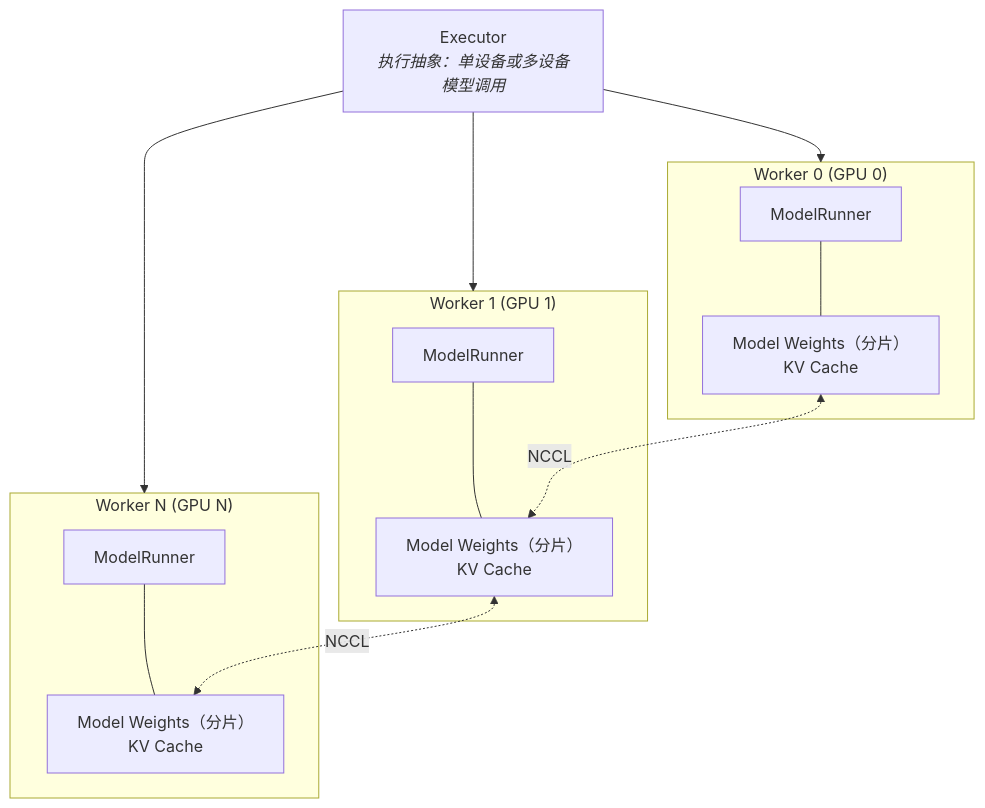
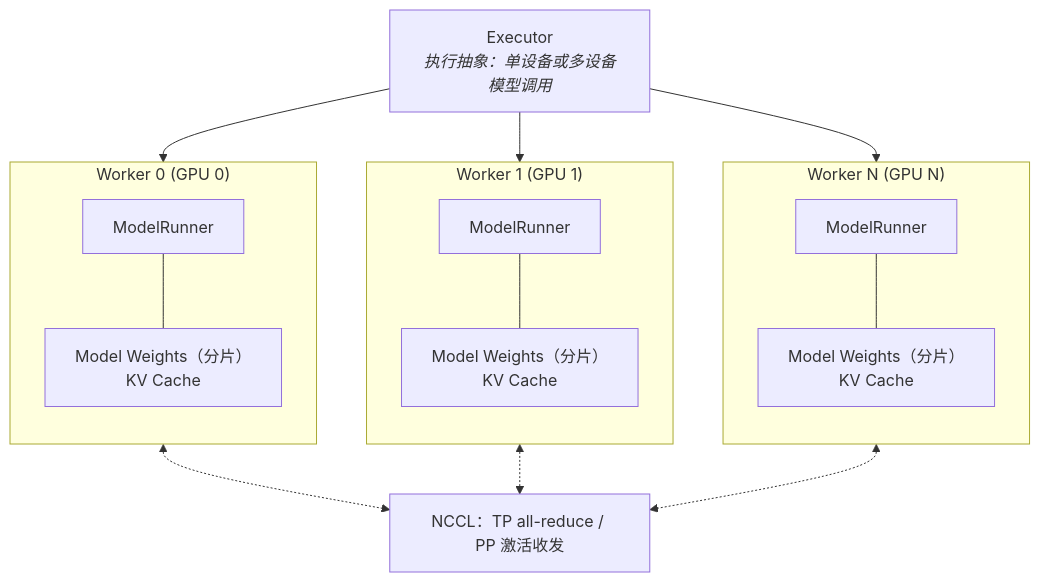
One commit to arganzheng/arganzheng.github.com changed the third of 4 diagrams in _posts/2026-08-14-vllm-request-lifecycle-overview.md. Above: the diagram before and after it, drawn with Mermaid. The commit also changed other lines of this file and 2 other files, not shown here.

````diff
--- a/_posts/2026-08-14-vllm-request-lifecycle-overview.md
+++ b/_posts/2026-08-14-vllm-request-lifecycle-overview.md
@@ -142,17 +204,20 @@
 ```mermaid
 %% 图：Executor 与 Worker：一次 execute_model() 分发给多个 GPU Worker，各自的 ModelRunner 持有分片权重与 KV Cache
 graph TB
     EX["Executor<br/><i>执行抽象：单设备或多设备模型调用</i>"]
     EX --> W0 & W1 & WN
     subgraph W0["Worker 0 (GPU 0)"]
+        direction TB
         M0["ModelRunner"] --- S0["Model Weights（分片）<br/>KV Cache"]
     end
     subgraph W1["Worker 1 (GPU 1)"]
+        direction TB
         M1["ModelRunner"] --- S1["Model Weights（分片）<br/>KV Cache"]
     end
     subgraph WN["Worker N (GPU N)"]
+        direction TB
         MN["ModelRunner"] --- SN["Model Weights（分片）<br/>KV Cache"]
     end
-    S0 <-.->|NCCL| S1
-    S1 <-.->|NCCL| SN
+    NC["NCCL：TP all-reduce / PP 激活收发"]
+    W0 & W1 & WN <-.-> NC
 ```
````
